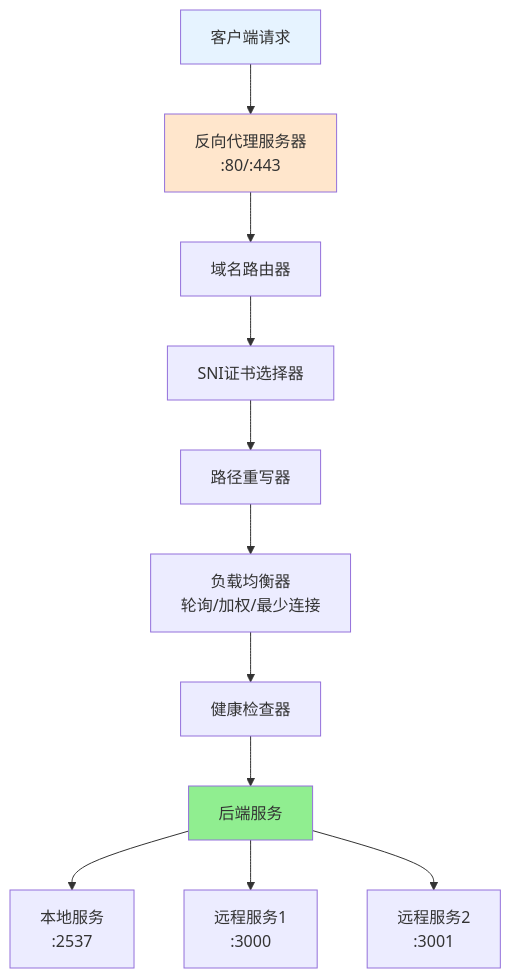
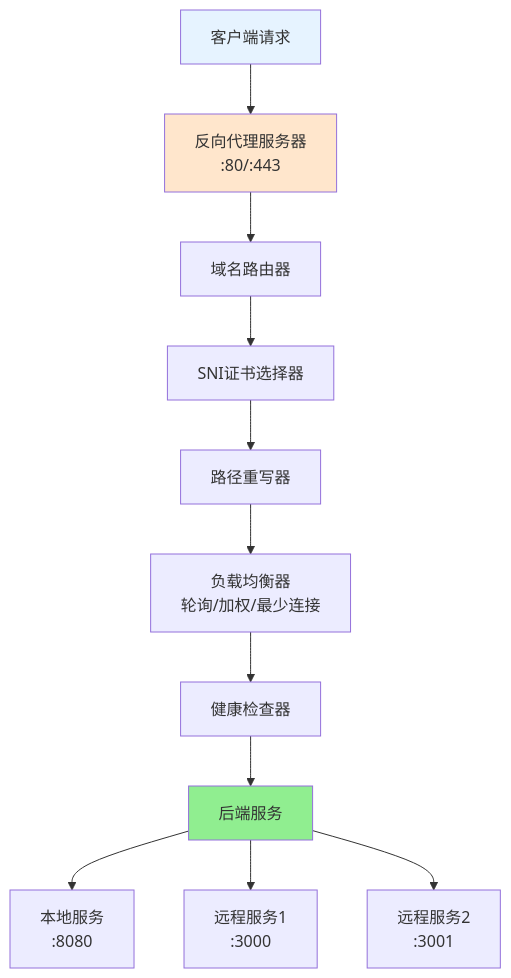
One commit to sunflowermm/XRK-AGT changed diagram 12 of 12 in docs/bot.md. Above: the diagram before and after it, drawn with Mermaid. The commit also changed other lines of this file and 10 other files, not shown here.

````diff
--- a/docs/bot.md
+++ b/docs/bot.md
@@ -559,18 +559,18 @@
 ```mermaid
 flowchart TB
     Client["客户端请求"] --> Proxy["反向代理服务器<br/>:80/:443"]
     Proxy --> Domain["域名路由器"]
     Domain --> SNI["SNI证书选择器"]
     SNI --> Rewrite["路径重写器"]
     Rewrite --> LB["负载均衡器<br/>轮询/加权/最少连接"]
     LB --> Health["健康检查器"]
     Health --> Backend["后端服务"]
     
-    Backend --> Backend1["本地服务<br/>:2537"]
+    Backend --> Backend1["本地服务<br/>:8080"]
     Backend --> Backend2["远程服务1<br/>:3000"]
     Backend --> Backend3["远程服务2<br/>:3001"]
     
     style Client fill:#E6F3FF
     style Proxy fill:#FFE6CC
     style Backend fill:#90EE90
 ```
````
